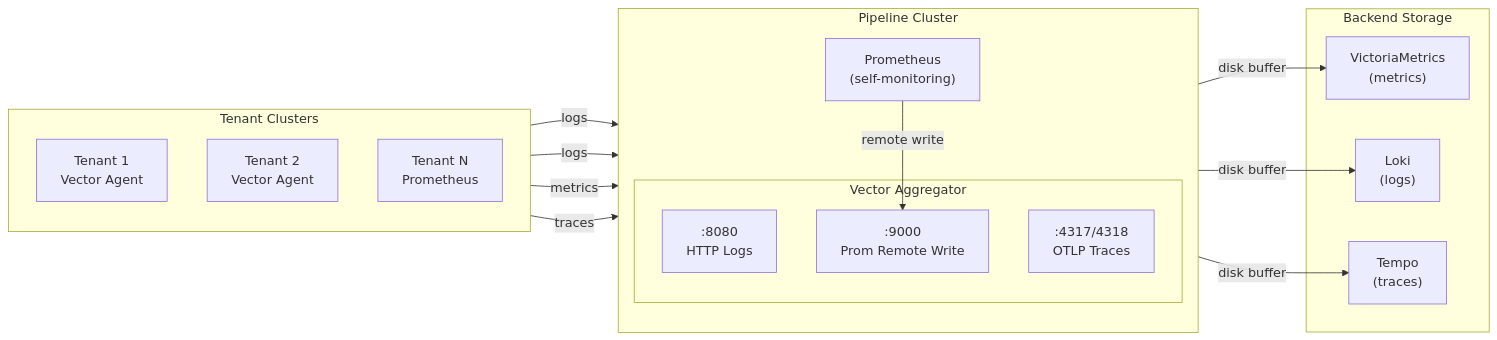
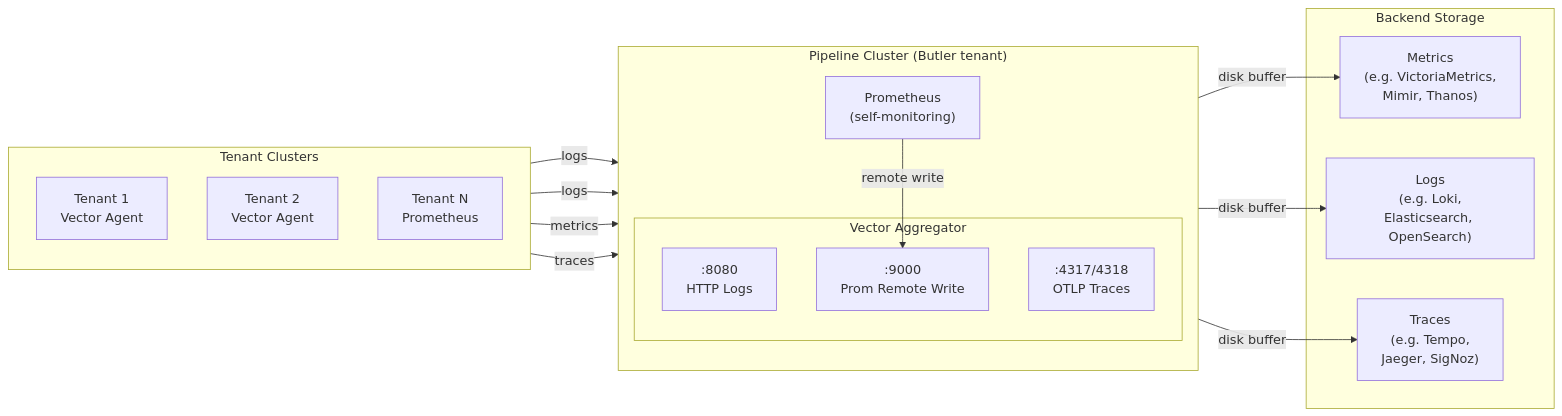
The first of 2 diagrams in README.md (butlerdotdev/butler-observability-pipeline-reference), drawn with Mermaid before and after one commit. The commit also changed other lines of this file and 2 other files, not shown here.

Commit message:
clarify pipeline cluster is a tenant cluster and backends are pluggable

````diff
--- a/README.md
+++ b/README.md
@@ -7,36 +9,36 @@
 ```mermaid
 flowchart LR
     subgraph tenants["Tenant Clusters"]
         direction TB
         T1["Tenant 1<br/>Vector Agent"]
         T2["Tenant 2<br/>Vector Agent"]
         TN["Tenant N<br/>Prometheus"]
     end
 
-    subgraph pipeline["Pipeline Cluster"]
+    subgraph pipeline["Pipeline Cluster (Butler tenant)"]
         direction TB
         subgraph vector["Vector Aggregator"]
             HTTP[":8080<br/>HTTP Logs"]
             PRW[":9000<br/>Prom Remote Write"]
             OTLP[":4317/4318<br/>OTLP Traces"]
         end
         PROM["Prometheus<br/>(self-monitoring)"]
     end
 
     subgraph backends["Backend Storage"]
-        VM["VictoriaMetrics<br/>(metrics)"]
-        LOKI["Loki<br/>(logs)"]
-        TEMPO["Tempo<br/>(traces)"]
+        VM["Metrics<br/>(e.g. VictoriaMetrics,<br/>Mimir, Thanos)"]
+        LOKI["Logs<br/>(e.g. Loki,<br/>Elasticsearch, OpenSearch)"]
+        TEMPO["Traces<br/>(e.g. Tempo,<br/>Jaeger, SigNoz)"]
     end
 
     T1 -- "logs" --> HTTP
     T2 -- "logs" --> HTTP
     TN -- "metrics" --> PRW
     T1 -- "traces" --> OTLP
 
     PROM -- "remote write" --> PRW
 
     HTTP -- "disk buffer" --> LOKI
     PRW -- "disk buffer" --> VM
     OTLP -- "disk buffer" --> TEMPO
 ```
````
